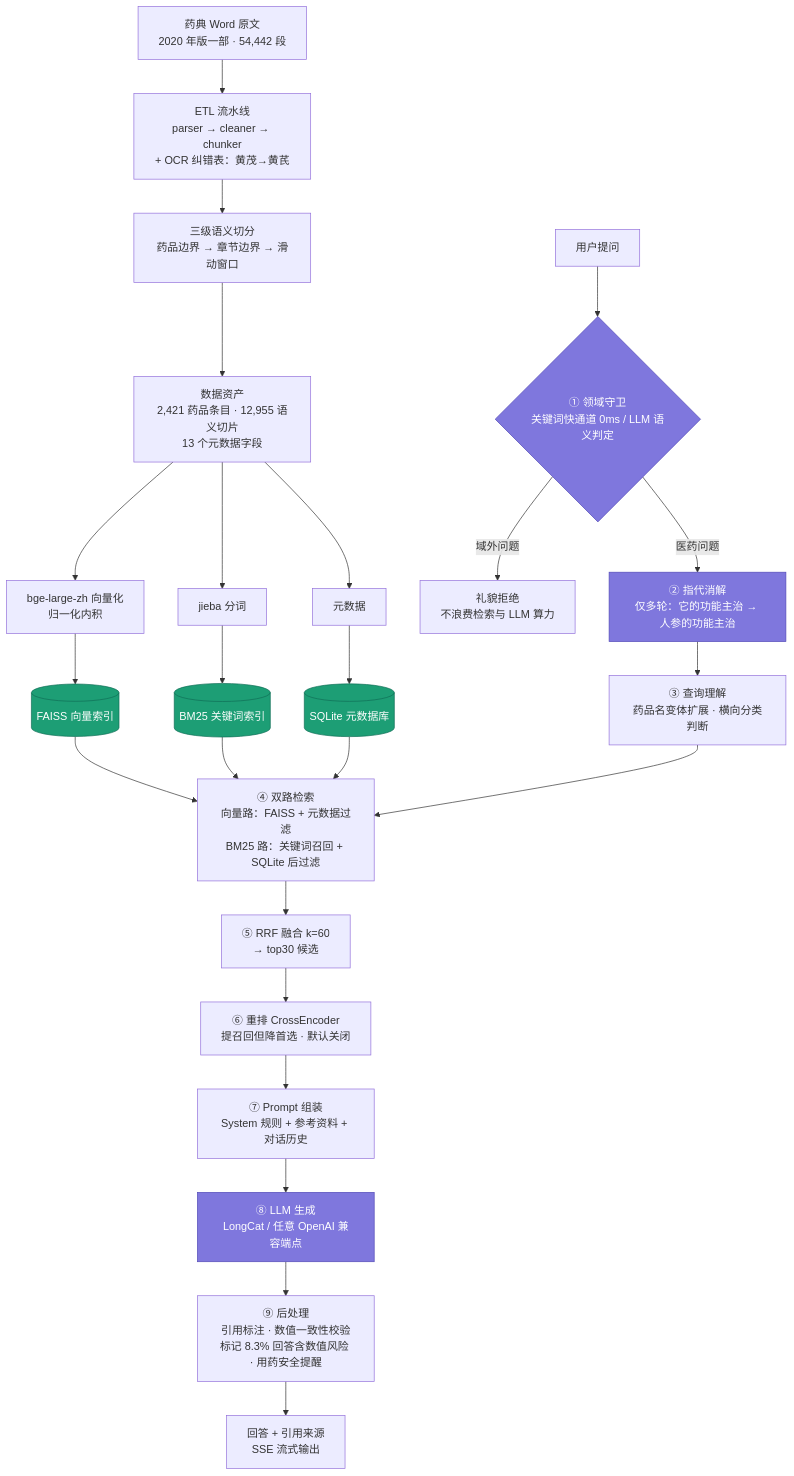
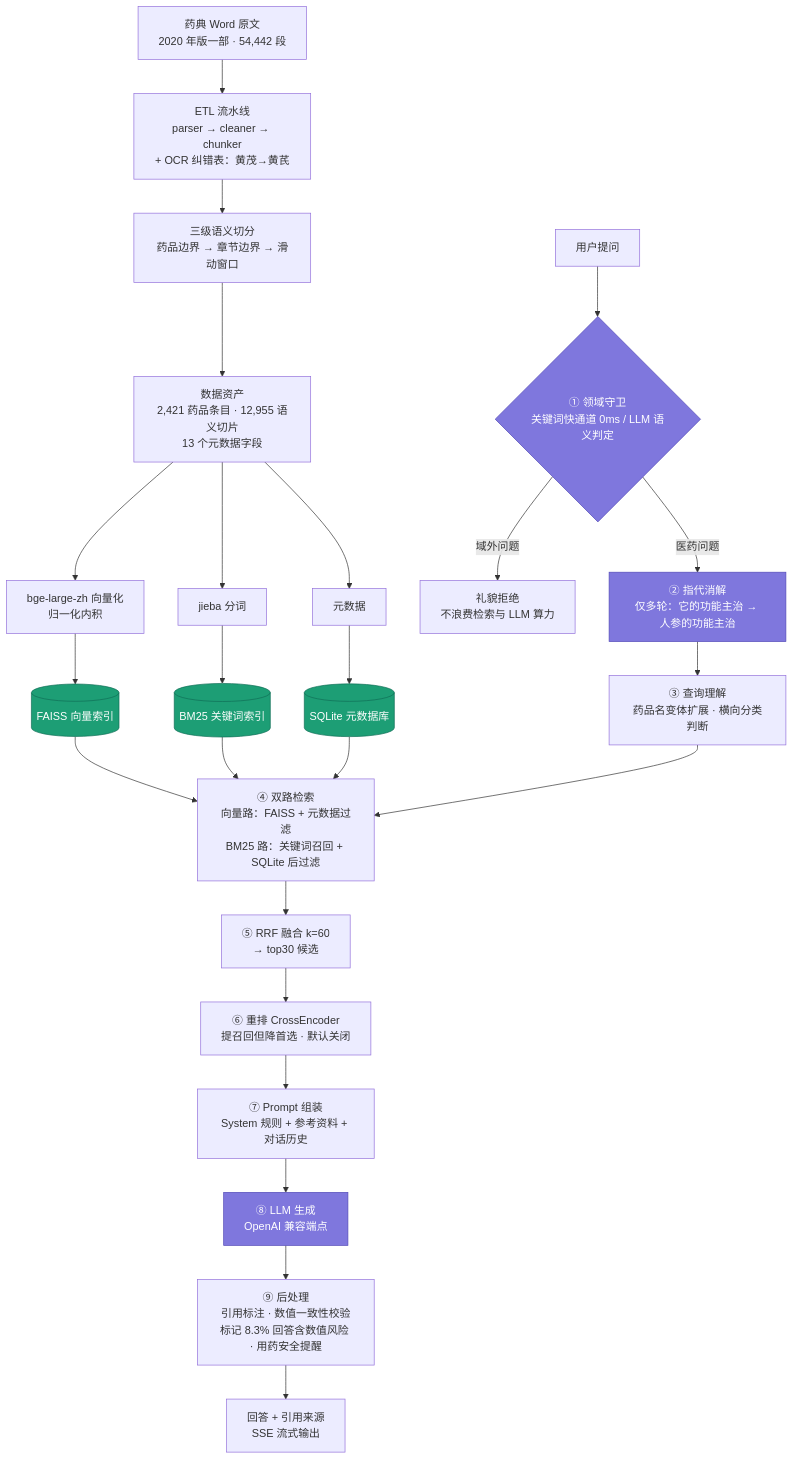
Before and after one commit to qiz7z/RAG-ChineseMedicine-QA: the first of 2 diagrams in README.md, drawn with Mermaid. The commit also changed other lines of this file and 16 other files, not shown here.

First line of the commit message:
feat(config): LLM 配置与厂商解耦，支持任意 OpenAI 兼容端点

````diff
--- a/README.md
+++ b/README.md
@@ -13,36 +13,36 @@
 ```mermaid
 flowchart TD
     A["药典 Word 原文<br>2020 年版一部 · 54,442 段"] --> B["ETL 流水线<br>parser → cleaner → chunker<br>+ OCR 纠错表：黄茂→黄芪"]
     B --> C["三级语义切分<br>药品边界 → 章节边界 → 滑动窗口"]
     C --> D["数据资产<br>2,421 药品条目 · 12,955 语义切片<br>13 个元数据字段"]
 
     D --> E["bge-large-zh 向量化<br>归一化内积"]
     D --> F["jieba 分词"]
     D --> G["元数据"]
 
     E --> H[("FAISS 向量索引")]
     F --> I[("BM25 关键词索引")]
     G --> J[("SQLite 元数据库")]
 
     K["用户提问"] --> L{"① 领域守卫<br>关键词快通道 0ms / LLM 语义判定"}
     L -->|域外问题| M["礼貌拒绝<br>不浪费检索与 LLM 算力"]
     L -->|医药问题| N["② 指代消解<br>仅多轮：它的功能主治 → 人参的功能主治"]
     N --> O["③ 查询理解<br>药品名变体扩展 · 横向分类判断"]
     O --> P["④ 双路检索<br>向量路：FAISS + 元数据过滤<br>BM25 路：关键词召回 + SQLite 后过滤"]
     H --> P
     I --> P
     J --> P
     P --> Q["⑤ RRF 融合 k=60<br>→ top30 候选"]
     Q --> R["⑥ 重排 CrossEncoder<br>提召回但降首选 · 默认关闭"]
     R --> S["⑦ Prompt 组装<br>System 规则 + 参考资料 + 对话历史"]
-    S --> T["⑧ LLM 生成<br>LongCat / 任意 OpenAI 兼容端点"]
+    S --> T["⑧ LLM 生成<br>OpenAI 兼容端点"]
     T --> U["⑨ 后处理<br>引用标注 · 数值一致性校验<br>标记 8.3% 回答含数值风险 · 用药安全提醒"]
     U --> V["回答 + 引用来源<br>SSE 流式输出"]
 
     style L fill:#7F77DD,stroke:#534AB7,color:#fff
     style N fill:#7F77DD,stroke:#534AB7,color:#fff
     style T fill:#7F77DD,stroke:#534AB7,color:#fff
     style H fill:#1D9E75,stroke:#0F6E56,color:#fff
     style I fill:#1D9E75,stroke:#0F6E56,color:#fff
     style J fill:#1D9E75,stroke:#0F6E56,color:#fff
 ```
````
